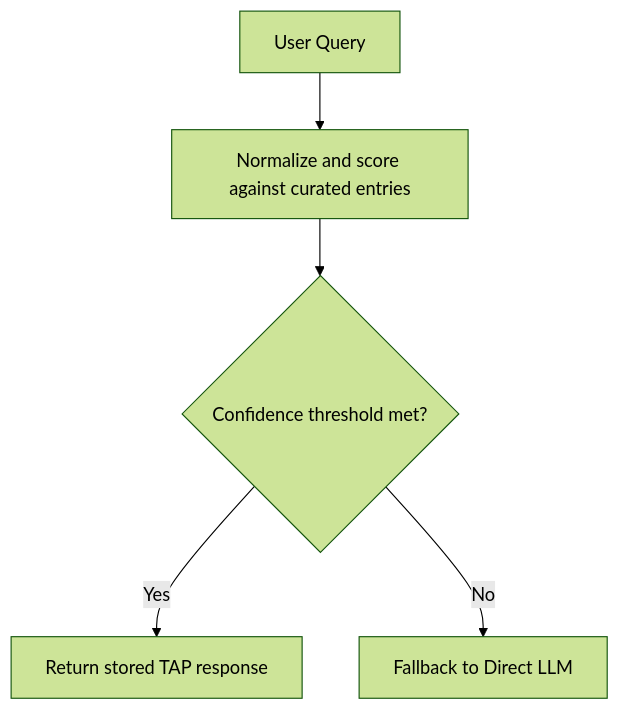
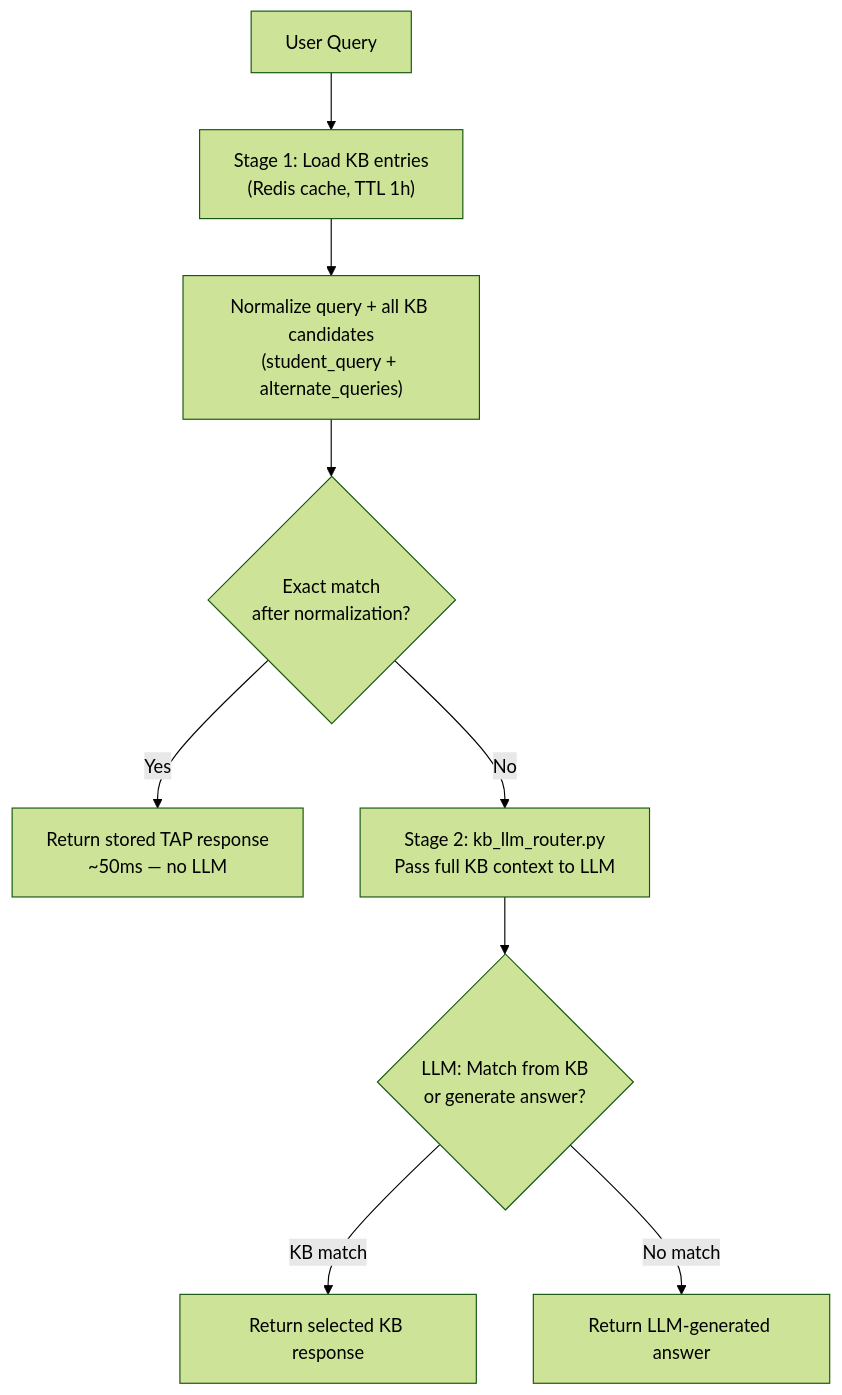
The fourth of 4 diagrams in README.md (theapprenticeproject/Ai), drawn with Mermaid (forest theme) before and after one commit. The commit also changed other lines of this file and 4 other files, not shown here.

````diff
--- a/README.md
+++ b/README.md
@@ -185,7 +202,11 @@
 ```mermaid
 graph TD
-  A[User Query] --> B[Normalize and score against curated entries]
-  B --> C{Confidence threshold met?}
-  C -->|Yes| D[Return stored TAP response]
-  C -->|No| E[Fallback to Direct LLM]
+    A[User Query] --> B["Stage 1: Load KB entries<br>(Redis cache, TTL 1h)"]
+    B --> C["Normalize query + all KB candidates<br>(student_query + alternate_queries)"]
+    C --> D{Exact match<br>after normalization?}
+    D -->|Yes| E[Return stored TAP response<br>~50ms — no LLM]
+    D -->|No| F["Stage 2: kb_llm_router.py<br>Pass full KB context to LLM"]
+    F --> G{LLM: Match from KB<br>or generate answer?}
+    G -->|KB match| H[Return selected KB response]
+    G -->|No match| I[Return LLM-generated answer]
 ```
````
